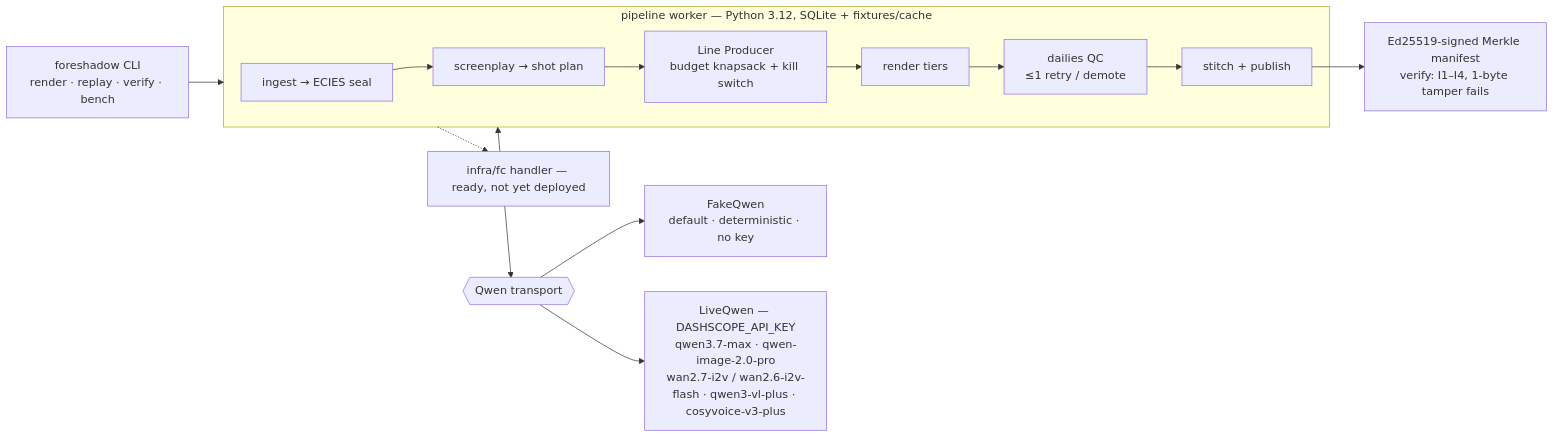
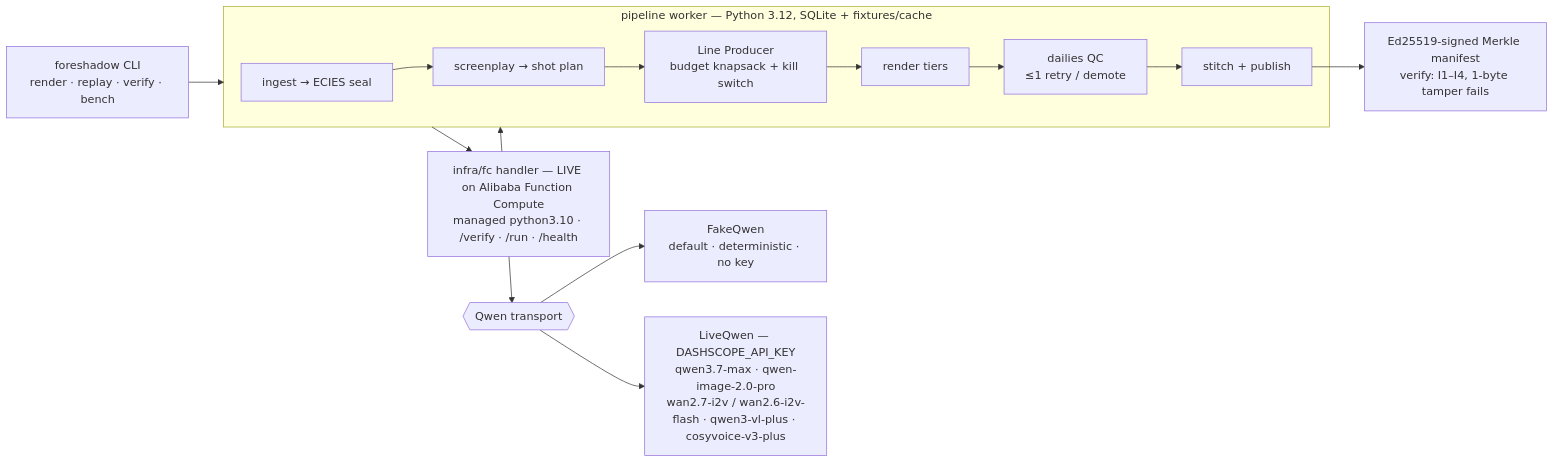
The diagram in README.md (edycutjong/foreshadow), drawn with Mermaid before and after one commit. The commit also changed other lines of this file and 845 other files, not shown here.

First line of the commit message:
docs(deploy): mark Foreshadow live on Alibaba Function Compute + untrack vendored python/

````diff
--- a/README.md
+++ b/README.md
@@ -50,12 +51,12 @@
 ```mermaid
 flowchart LR
   CLI["foreshadow CLI<br/>render · replay · verify · bench"] --> P
   subgraph P["pipeline worker — Python 3.12, SQLite + fixtures/cache"]
     I["ingest → ECIES seal"] --> S["screenplay → shot plan"] --> B["Line Producer<br/>budget knapsack + kill switch"] --> R["render tiers"] --> Q["dailies QC<br/>≤1 retry / demote"] --> M["stitch + publish"]
   end
   P <--> T{{"Qwen transport"}}
   T --> F["FakeQwen<br/>default · deterministic · no key"]
   T --> L["LiveQwen — DASHSCOPE_API_KEY<br/>qwen3.7-max · qwen-image-2.0-pro<br/>wan2.7-i2v / wan2.6-i2v-flash · qwen3-vl-plus · cosyvoice-v3-plus"]
   M --> V["Ed25519-signed Merkle manifest<br/>verify: I1–I4, 1-byte tamper fails"]
-  P -.-> FC["infra/fc handler — ready, not yet deployed"]
+  P --> FC["infra/fc handler — LIVE on Alibaba Function Compute<br/>managed python3.10 · /verify · /run · /health"]
 ```
````
